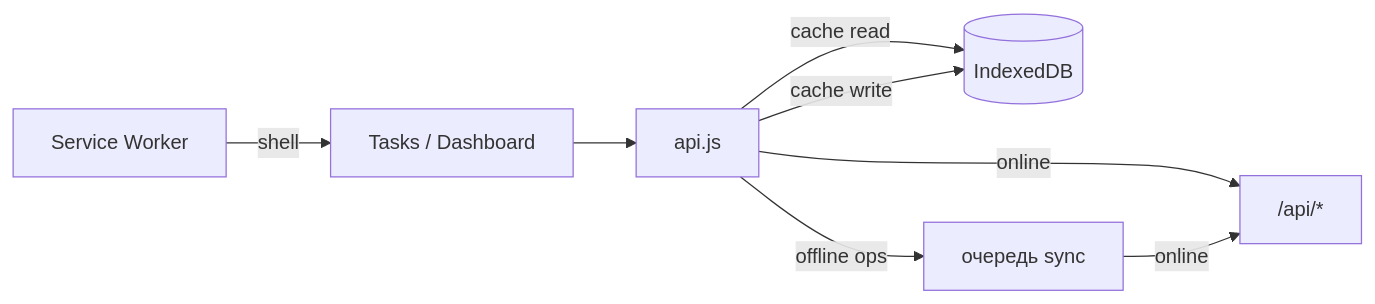
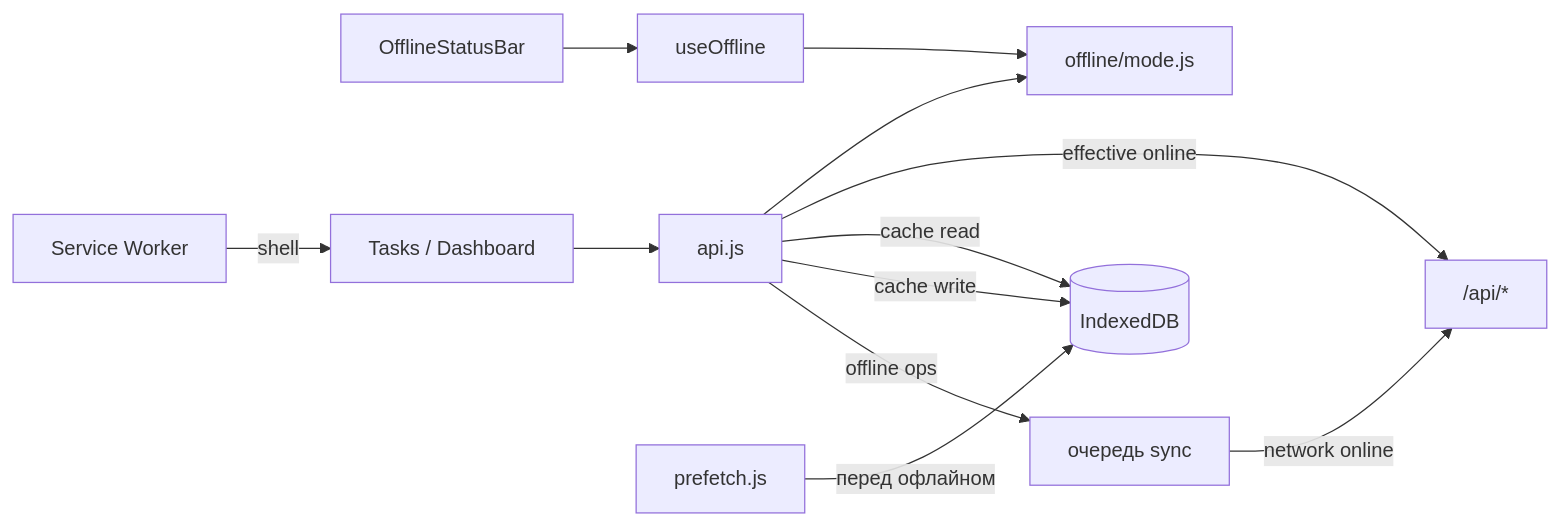
Before and after one commit to DjSurfTSI/control-app: the ninth of 12 diagrams in ARCHITECTURE.md, drawn with Mermaid. The commit also changed other lines of this file and 12 other files, not shown here.

````diff
--- a/ARCHITECTURE.md
+++ b/ARCHITECTURE.md
@@ -780,10 +784,14 @@
 ```mermaid
 flowchart LR
+    Bar[OfflineStatusBar] --> useOffline[useOffline]
+    useOffline --> mode[offline/mode.js]
     UI[Tasks / Dashboard] --> API[api.js]
-    API -->|online| REST["/api/*"]
+    API --> mode
+    API -->|effective online| REST["/api/*"]
     API -->|cache read| IDB[(IndexedDB)]
     API -->|cache write| IDB
     API -->|offline ops| Queue[очередь sync]
-    Queue -->|online| REST
+    Queue -->|network online| REST
+    prefetch[prefetch.js] -->|перед офлайном| IDB
     SW[Service Worker] -->|shell| UI
 ```
````
